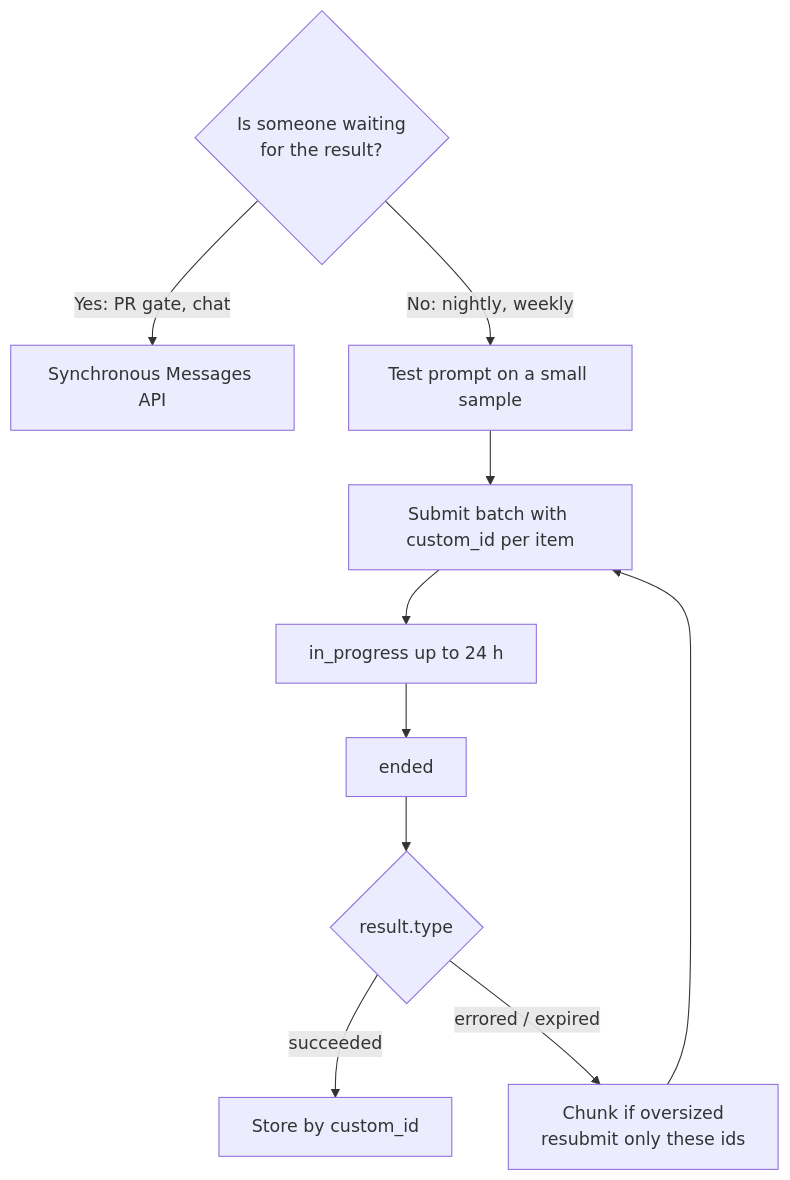
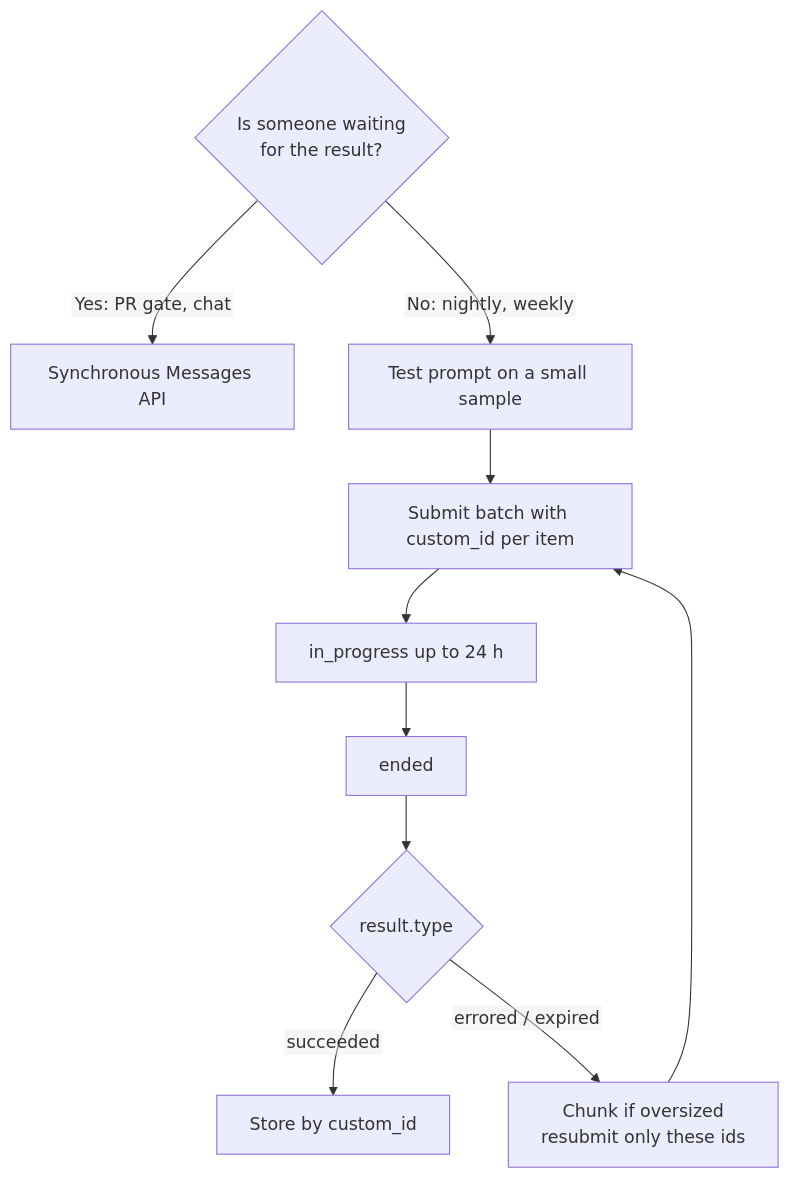
The diagram in domain4/ts_4_5_message_batches_api/README.md (dip4k/claude_cert_architect_foundation_prep), drawn with Mermaid before and after one commit. The commit also changed 89 other files, not shown here.

First line of the commit message:
Add frontmatter to Mermaid diagrams for SVG-label support

````diff
--- a/domain4/ts_4_5_message_batches_api/README.md
+++ b/domain4/ts_4_5_message_batches_api/README.md
@@ -97,13 +97,18 @@
 ```mermaid
+---
+config:
+  flowchart:
+    htmlLabels: false
+---
 flowchart TD
     Work{"Is someone waiting<br>for the result?"}
     Work -->|"Yes: PR gate, chat"| Sync["Synchronous Messages API"]
     Work -->|"No: nightly, weekly"| Sample["Test prompt on a small sample"]
     Sample --> Submit["Submit batch with custom_id per item"]
     Submit --> Wait["in_progress up to 24 h"]
     Wait --> Ended["ended"]
     Ended --> Results{"result.type"}
     Results -->|"succeeded"| Save["Store by custom_id"]
     Results -->|"errored / expired"| Retry["Chunk if oversized<br>resubmit only these ids"]
     Retry --> Submit
 ```
````
